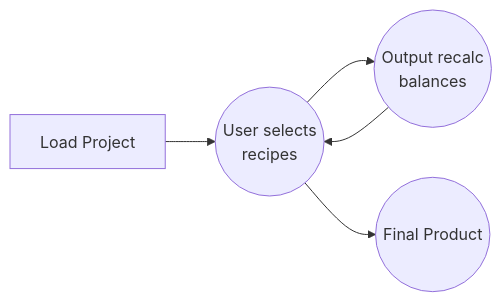
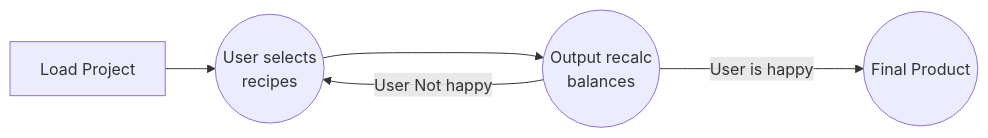
Before and after one commit to DavidKcodeRepo/FactoryPlanner: the diagram in Readme.md, drawn with Mermaid. The commit also changed other lines of this file, not shown here.

````diff
--- a/Readme.md
+++ b/Readme.md
@@ -33,5 +33,5 @@
 ```mermaid
 graph LR
-A[Load Project] -->B((User selects <br> recipes ))-->C((Output recalc <br> balances))-->B
-B-->D((Final Product))
+A[Load Project] -->B((User selects <br> recipes ))-->C((Output recalc <br> balances))--User Not happy --->B
+C-- User is happy--->D((Final Product))
 ```
````
